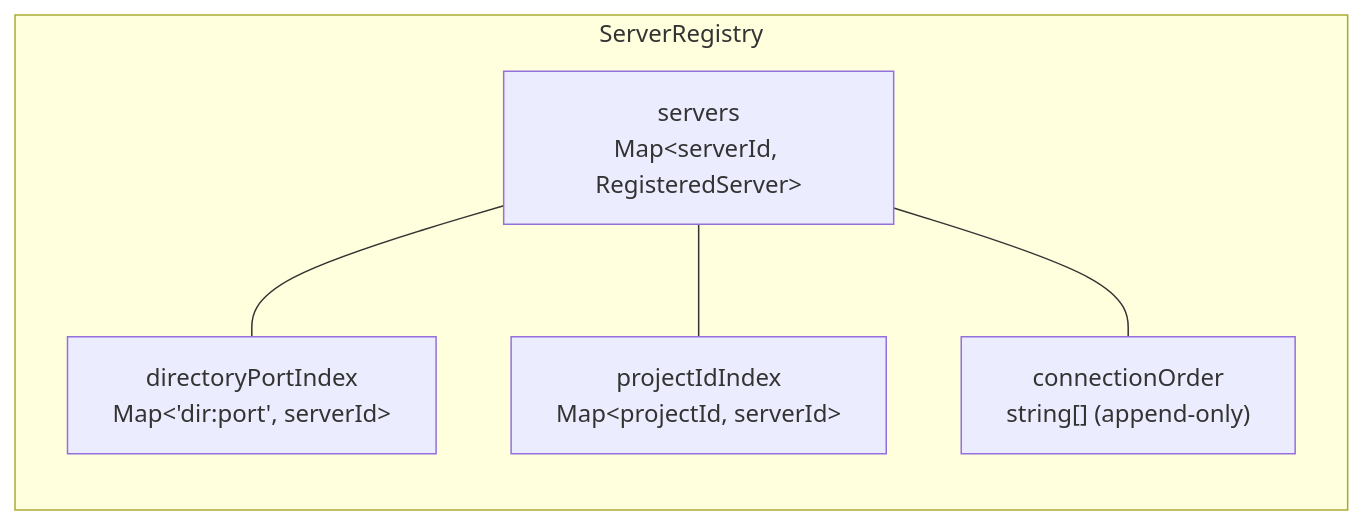
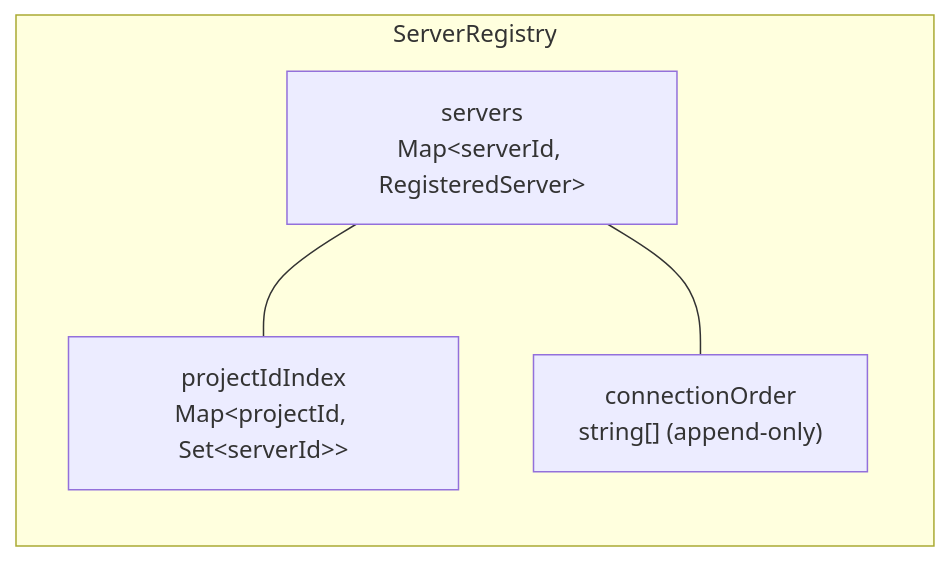
The second of 6 diagrams in docs/architecture.md (WinstonFassett/webdev-ai), drawn with Mermaid before and after one commit. The commit also changed other lines of this file and 10 other files, not shown here.

````diff
--- a/docs/architecture.md
+++ b/docs/architecture.md
@@ -92,13 +84,11 @@
 ```mermaid
 graph LR
     subgraph ServerRegistry
         SERVERS["servers<br/>Map&lt;serverId, RegisteredServer&gt;"]
-        DIRPORT["directoryPortIndex<br/>Map&lt;'dir:port', serverId&gt;"]
-        PROJID["projectIdIndex<br/>Map&lt;projectId, serverId&gt;"]
+        PROJID["projectIdIndex<br/>Map&lt;projectId, Set&lt;serverId&gt;&gt;"]
         ORDER["connectionOrder<br/>string[] (append-only)"]
     end
 
-    SERVERS --- DIRPORT
     SERVERS --- PROJID
     SERVERS --- ORDER
 ```
````
